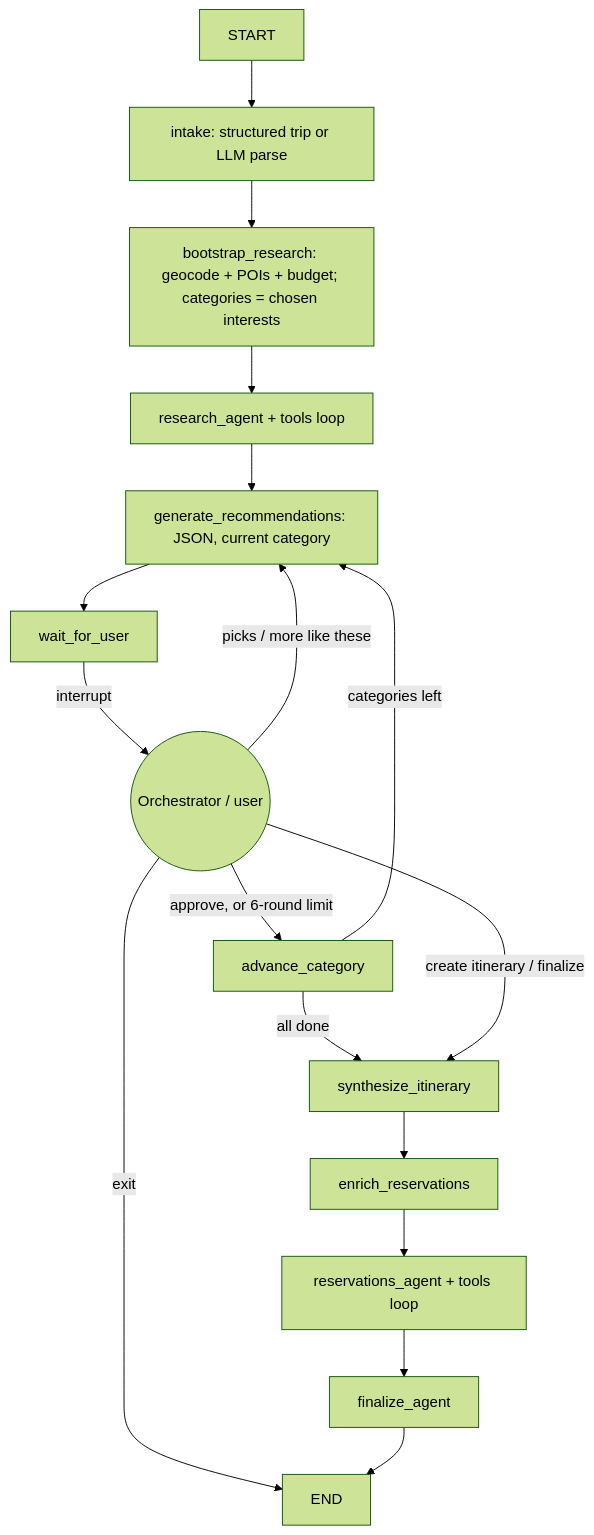
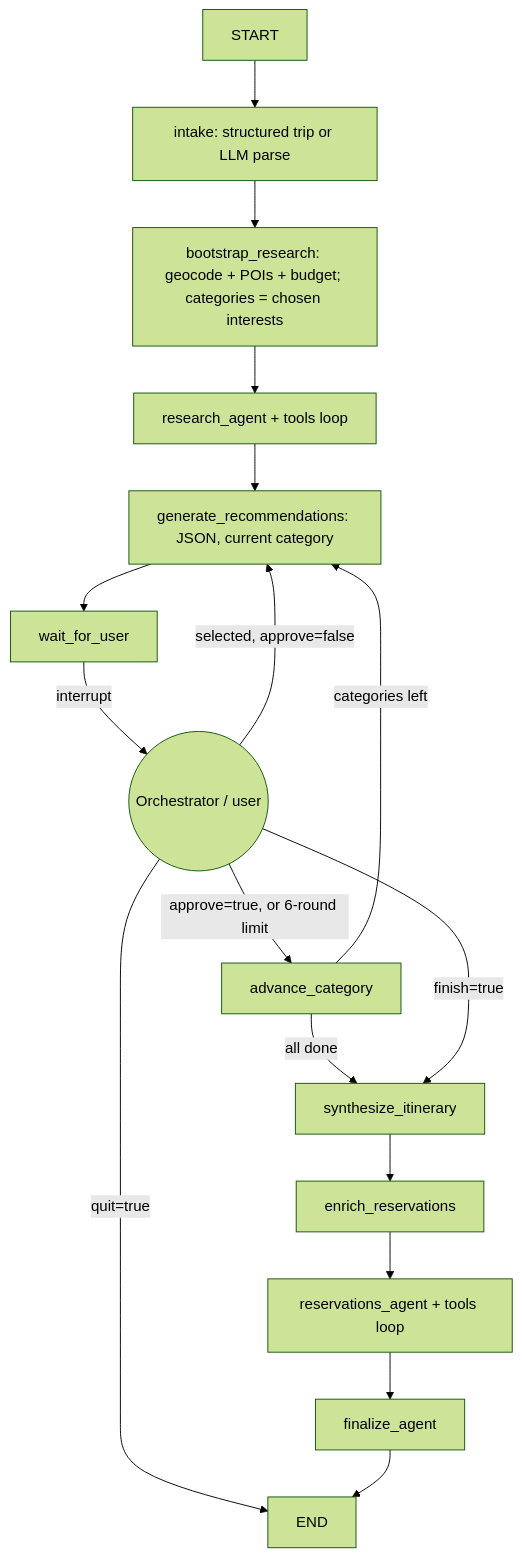
Before and after one commit to hadar-grimberg/travel-agent: the diagram in README.md, drawn with Mermaid (forest theme). The commit also changed other lines of this file and 12 other files, not shown here.

````diff
--- a/README.md
+++ b/README.md
@@ -242,19 +411,19 @@
 ```mermaid
 flowchart TD
     START --> intake[intake: structured trip or LLM parse]
     intake --> bootstrap[bootstrap_research: geocode + POIs + budget; categories = chosen interests]
     bootstrap --> research[research_agent + tools loop]
     research --> recommend[generate_recommendations: JSON, current category]
     recommend --> wait[wait_for_user]
     wait -->|interrupt| user((Orchestrator / user))
-    user -->|picks / more like these| recommend
-    user -->|approve, or 6-round limit| advance[advance_category]
+    user -->|selected, approve=false| recommend
+    user -->|approve=true, or 6-round limit| advance[advance_category]
     advance -->|categories left| recommend
     advance -->|all done| synthesize[synthesize_itinerary]
-    user -->|create itinerary / finalize| synthesize
-    user -->|exit| END
+    user -->|finish=true| synthesize
+    user -->|quit=true| END
     synthesize --> enrich[enrich_reservations]
     enrich --> reservations[reservations_agent + tools loop]
     reservations --> finalize[finalize_agent]
     finalize --> END
 ```
````
